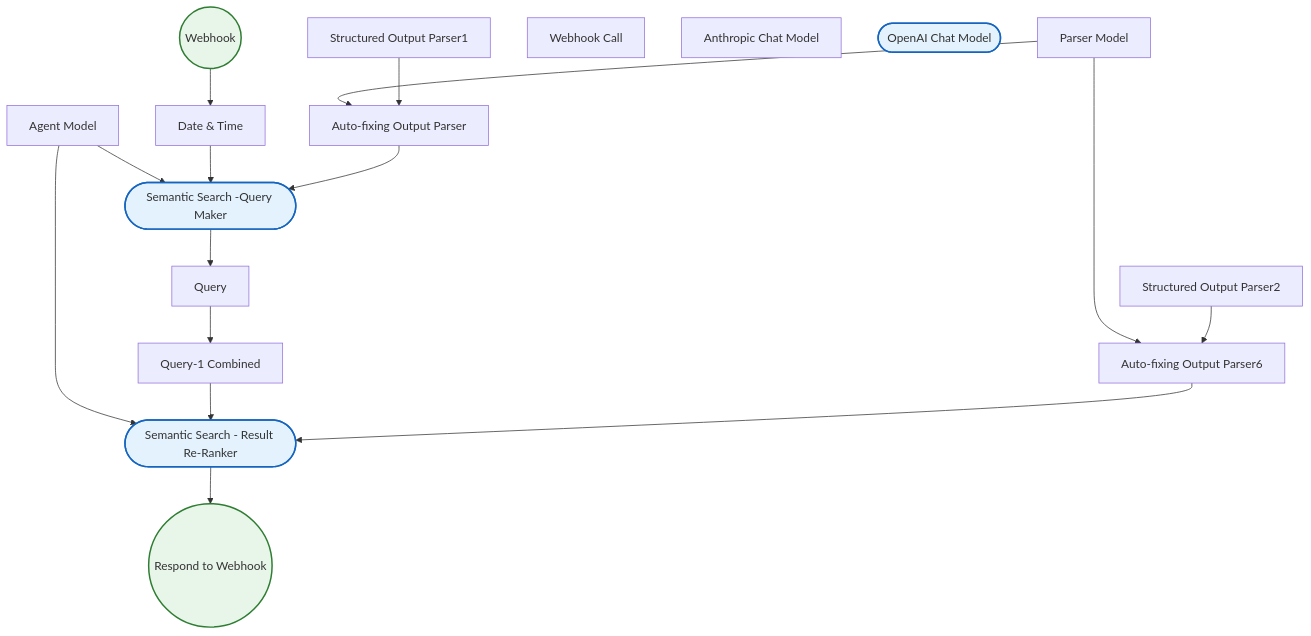
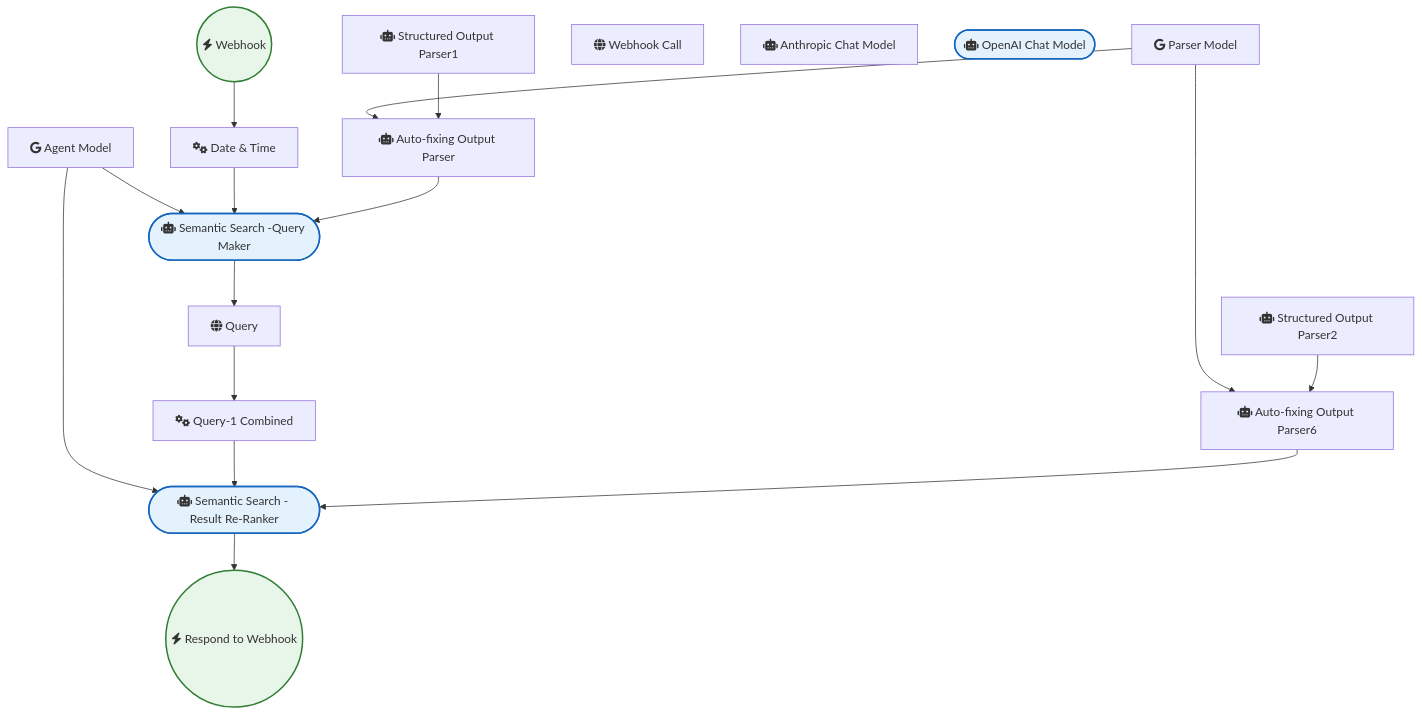
The diagram in AI_Research_RAG_and_Data_Analysis/Intelligent Web Query and Semantic Re-ranking Flow.md (sreyash3105/N8N-DEMO-AUTOMATIONS), drawn with Mermaid before and after one commit. The commit also changed 291 other files, not shown here.

````diff
--- a/AI_Research_RAG_and_Data_Analysis/Intelligent Web Query and Semantic Re-ranking Flow.md
+++ b/AI_Research_RAG_and_Data_Analysis/Intelligent Web Query and Semantic Re-ranking Flow.md
@@ -1,38 +1,38 @@
 ```mermaid
 graph TD
     classDef trigger fill:#e8f5e9,stroke:#2e7d32,stroke-width:2px;
     classDef ai fill:#e3f2fd,stroke:#1565c0,stroke-width:2px;
     classDef logic fill:#fff3e0,stroke:#ef6c00,stroke-width:2px;
 
-    Date___Time["Date & Time"]
-    Webhook(("Webhook")):::trigger
-    Auto_fixing_Output_Parser6["Auto-fixing Output Parser6"]
-    Auto_fixing_Output_Parser["Auto-fixing Output Parser"]
-    Structured_Output_Parser1["Structured Output Parser1"]
-    Query_1_Combined["Query-1 Combined"]
-    Respond_to_Webhook(("Respond to Webhook")):::trigger
-    Semantic_Search___Result_Re_Ranker(["Semantic Search - Result Re-Ranker"]):::ai
-    Query["Query"]
-    Webhook_Call["Webhook Call"]
-    Semantic_Search__Query_Maker(["Semantic Search -Query Maker"]):::ai
-    Anthropic_Chat_Model["Anthropic Chat Model"]
-    OpenAI_Chat_Model(["OpenAI Chat Model"]):::ai
-    Structured_Output_Parser2["Structured Output Parser2"]
-    Parser_Model["Parser Model"]
-    Agent_Model["Agent Model"]
+    Date___Time["fas:fa-cogs Date & Time"]
+    Webhook(("fas:fa-bolt Webhook")):::trigger
+    Auto_fixing_Output_Parser6["fas:fa-robot Auto-fixing Output Parser6"]
+    Auto_fixing_Output_Parser["fas:fa-robot Auto-fixing Output Parser"]
+    Structured_Output_Parser1["fas:fa-robot Structured Output Parser1"]
+    Query_1_Combined["fas:fa-cogs Query-1 Combined"]
+    Respond_to_Webhook(("fas:fa-bolt Respond to Webhook")):::trigger
+    Semantic_Search___Result_Re_Ranker(["fas:fa-robot Semantic Search - Result Re-Ranker"]):::ai
+    Query["fas:fa-globe Query"]
+    Webhook_Call["fas:fa-globe Webhook Call"]
+    Semantic_Search__Query_Maker(["fas:fa-robot Semantic Search -Query Maker"]):::ai
+    Anthropic_Chat_Model["fas:fa-robot Anthropic Chat Model"]
+    OpenAI_Chat_Model(["fas:fa-robot OpenAI Chat Model"]):::ai
+    Structured_Output_Parser2["fas:fa-robot Structured Output Parser2"]
+    Parser_Model["fab:fa-google Parser Model"]
+    Agent_Model["fab:fa-google Agent Model"]
 
     Query --> Query_1_Combined
     Webhook --> Date___Time
     Agent_Model --> Semantic_Search___Result_Re_Ranker
     Agent_Model --> Semantic_Search__Query_Maker
     Date___Time --> Semantic_Search__Query_Maker
     Parser_Model --> Auto_fixing_Output_Parser6
     Parser_Model --> Auto_fixing_Output_Parser
     Query_1_Combined --> Semantic_Search___Result_Re_Ranker
     Auto_fixing_Output_Parser --> Semantic_Search__Query_Maker
     Structured_Output_Parser1 --> Auto_fixing_Output_Parser
     Structured_Output_Parser2 --> Auto_fixing_Output_Parser6
     Auto_fixing_Output_Parser6 --> Semantic_Search___Result_Re_Ranker
     Semantic_Search__Query_Maker --> Query
     Semantic_Search___Result_Re_Ranker --> Respond_to_Webhook
 ```
````
